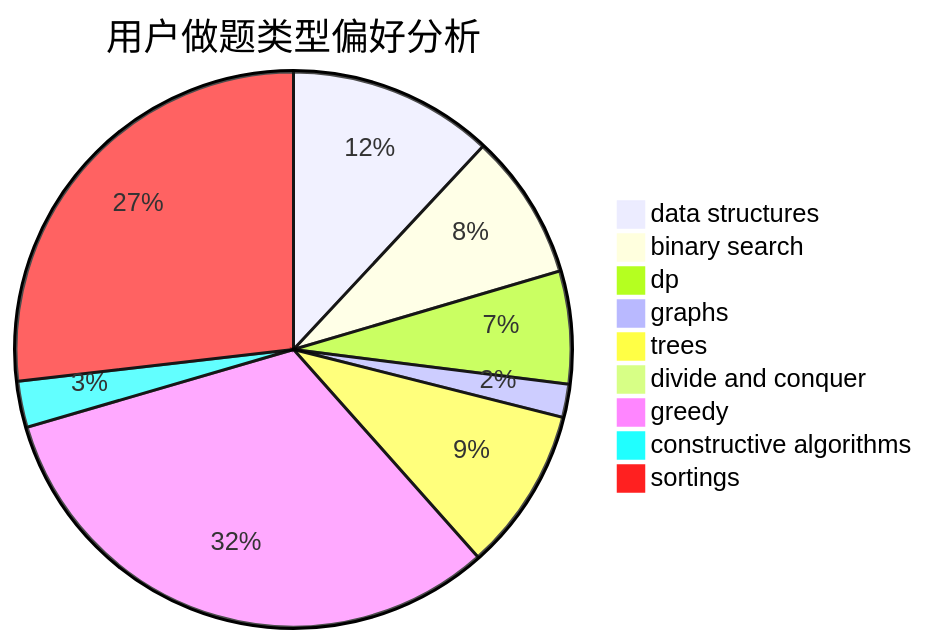
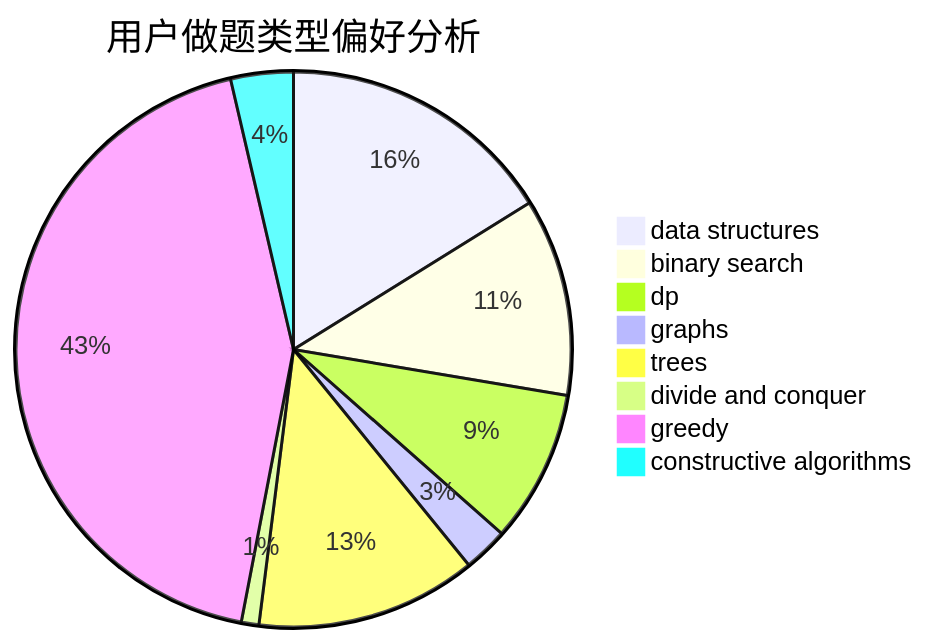
Before and after one commit to sherpahu/cfrs.github.io: the second of 3 diagrams in docs/user/u1832.md, drawn with Mermaid. The commit also changed other lines of this file and 2769 other files, not shown here.

````diff
--- a/docs/user/u1832.md
+++ b/docs/user/u1832.md
@@ -18,12 +18,11 @@
 ```mermaid
 pie title 用户做题类型偏好分析
     "data structures" :  142
     "binary search" :  101
     "dp" :  78
     "graphs" :  23
     "trees" :  113
     "divide and conquer" :  9
     "greedy" :  381
     "constructive algorithms" :  32
-    "sortings" :  319
 ```
````
